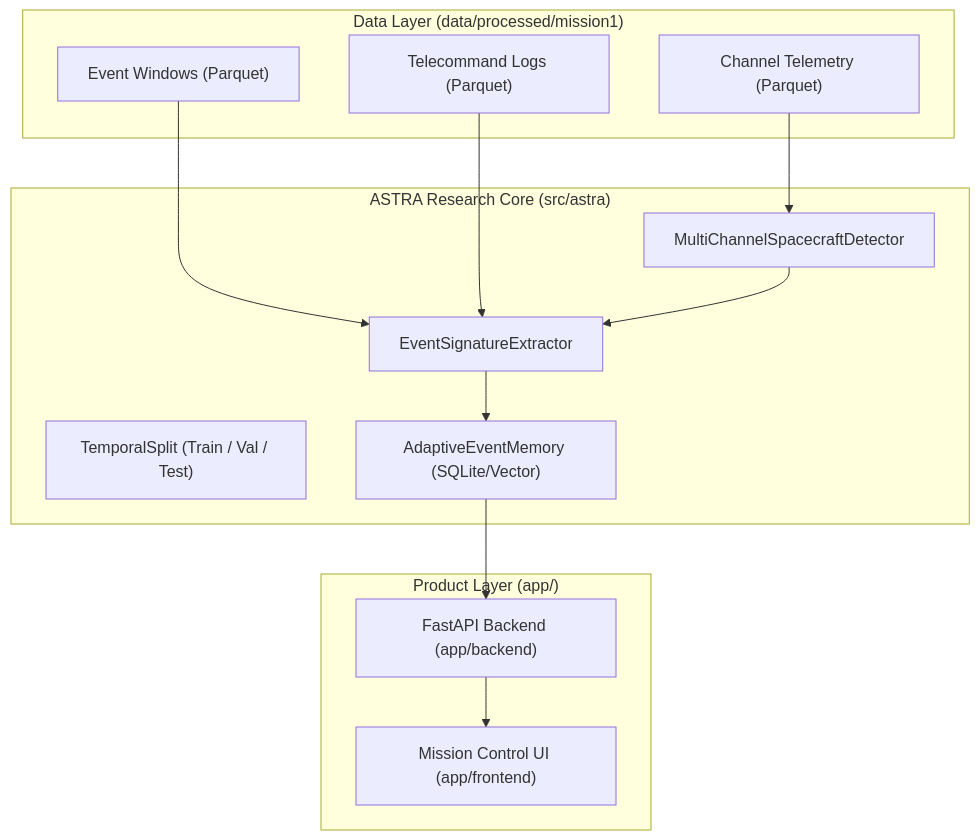
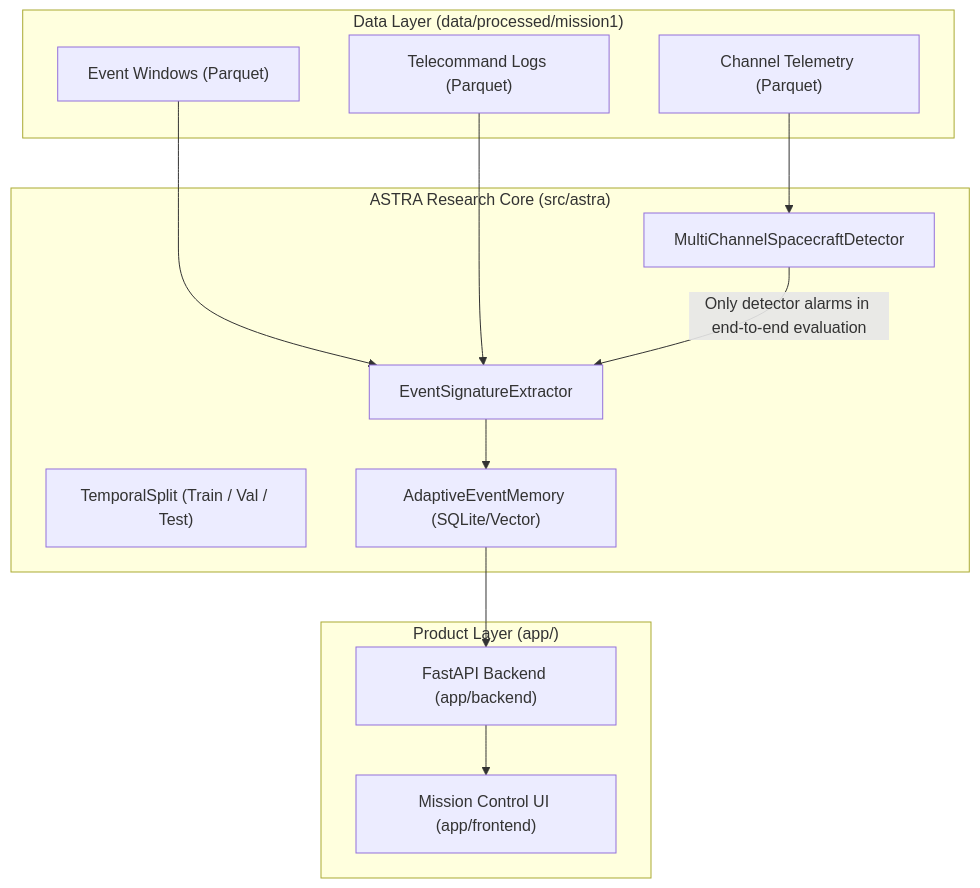
Before and after one commit to SamyakJain29/ASTRA: the diagram in docs/ARCHITECTURE.md, drawn with Mermaid. The commit also changed other lines of this file and 19 other files, not shown here.

````diff
--- a/docs/ARCHITECTURE.md
+++ b/docs/ARCHITECTURE.md
@@ -7,28 +7,28 @@
 ```mermaid
 flowchart TD
     subgraph Data Layer ["Data Layer (data/processed/mission1)"]
         CH["Channel Telemetry (Parquet)"]
         EV["Event Windows (Parquet)"]
         TC["Telecommand Logs (Parquet)"]
     end
 
     subgraph Feature & Model Layer ["ASTRA Research Core (src/astra)"]
         SPL["TemporalSplit (Train / Val / Test)"]
         DET["MultiChannelSpacecraftDetector"]
         SIG["EventSignatureExtractor"]
         AEM["AdaptiveEventMemory (SQLite/Vector)"]
     end
 
     subgraph App Layer ["Product Layer (app/)"]
         API["FastAPI Backend (app/backend)"]
         UI["Mission Control UI (app/frontend)"]
     end
 
     CH --> DET
     EV --> SIG
     TC --> SIG
-    DET --> SIG
+    DET -->|Only detector alarms in end-to-end evaluation| SIG
     SIG --> AEM
     AEM --> API
     API --> UI
 ```
````
